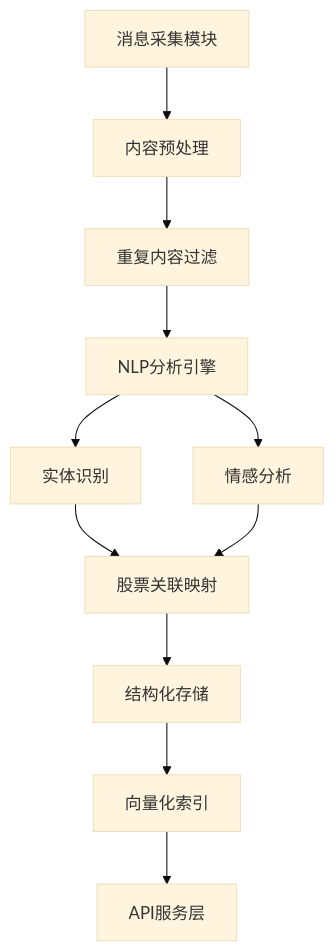
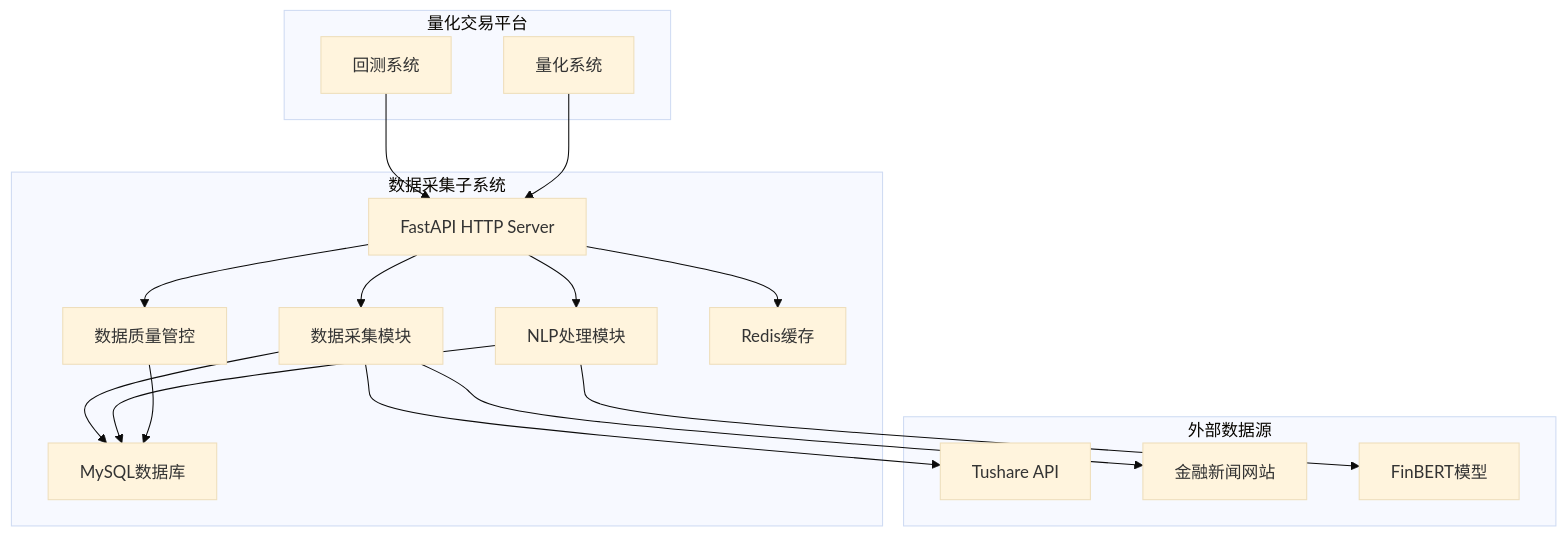
One commit to Casper-Mars/trading changed the diagram in .trae/documents/data_system_prd.md. Above: the diagram before and after it, drawn with Mermaid (base theme). The commit also changed other lines of this file and 76 other files, not shown here.

````diff
--- a/.trae/documents/data_system_prd.md
+++ b/.trae/documents/data_system_prd.md
@@ -289,13 +140,35 @@
 ```mermaid
-flowchart TD
-    A[消息采集模块] --> B[内容预处理]
-    B --> C[重复内容过滤]
-    C --> D[NLP分析引擎]
-    D --> E[实体识别]
-    D --> F[情感分析]
-    E --> G[股票关联映射]
+graph TB
+    subgraph "量化交易平台"
+        A[回测系统]
+        B[量化系统]
+    end
+    
+    subgraph "数据采集子系统"
+        C[FastAPI HTTP Server]
+        D[数据采集模块]
+        E[NLP处理模块]
+        F[数据质量管控]
+        G[MySQL数据库]
+        H[Redis缓存]
+    end
+    
+    subgraph "外部数据源"
+        I[Tushare API]
+        J[金融新闻网站]
+        K[FinBERT模型]
+    end
+    
+    A --> C
+    B --> C
+    C --> D
+    C --> E
+    C --> F
+    D --> G
+    E --> G
     F --> G
-    G --> H[结构化存储]
-    H --> I[向量化索引]
-    I --> J[API服务层]
+    C --> H
+    D --> I
+    D --> J
+    E --> K
 ```
````
